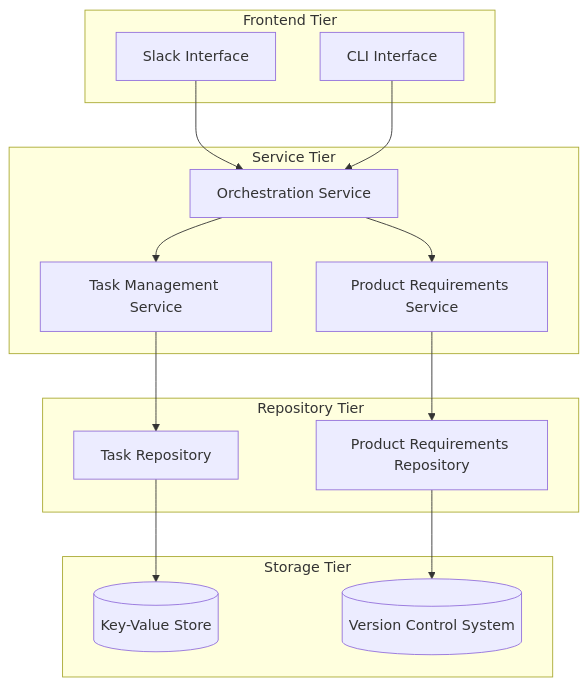
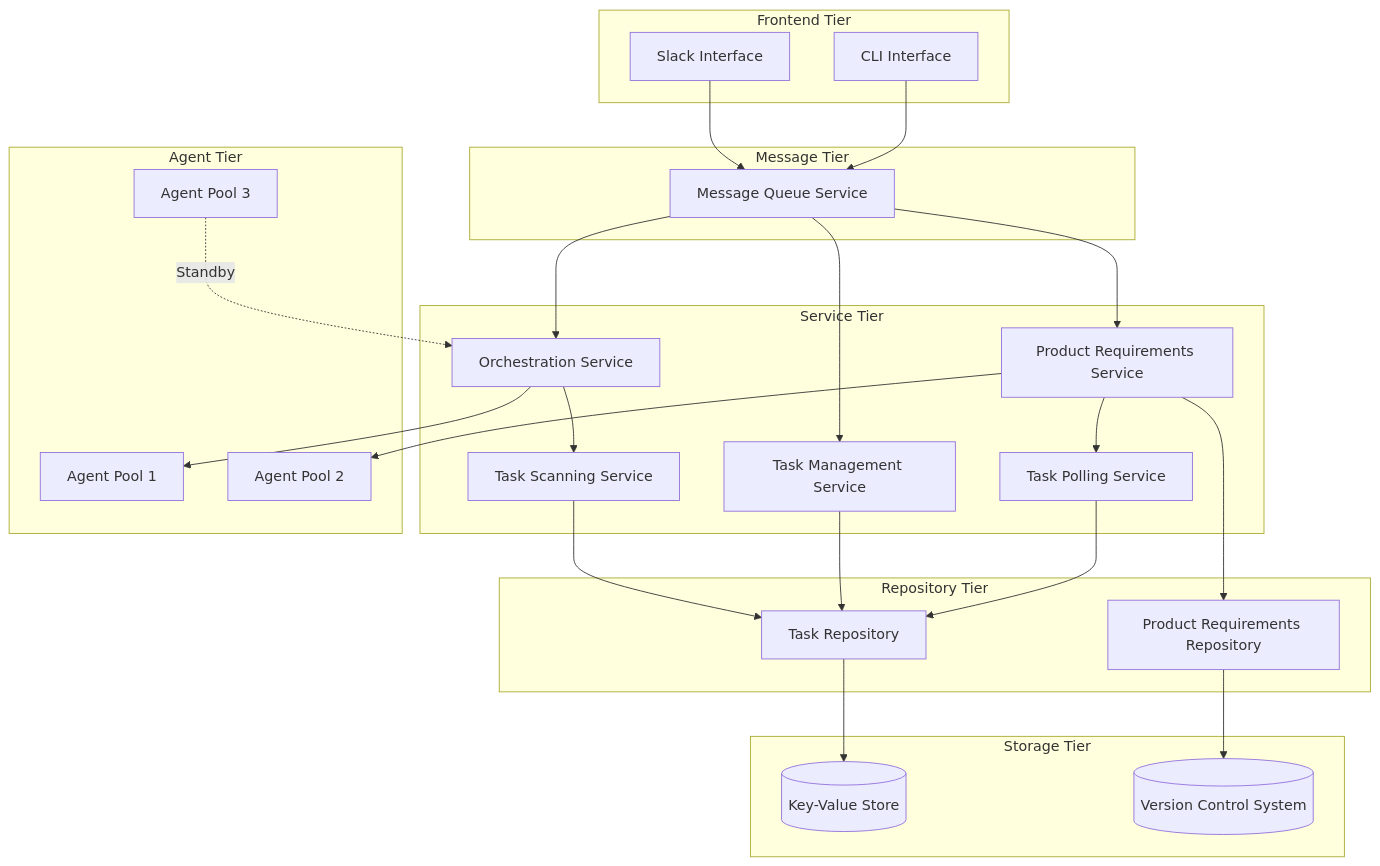
Before and after one commit to kgatilin/aihive: the third of 4 diagrams in docs/roadmap/phase1_technical_spec.md, drawn with Mermaid. The commit also changed other lines of this file and 1 other file, not shown here.

Commit message:
Update Phase 1 documentation to implement asynchronous workflow with task scanning and polling

````diff
--- a/docs/roadmap/phase1_technical_spec.md
+++ b/docs/roadmap/phase1_technical_spec.md
@@ -231,32 +364,57 @@
 ```mermaid
 graph TD
     subgraph "Frontend Tier"
         SI[Slack Interface]
         CLI[CLI Interface]
     end
     
     subgraph "Service Tier"
         ORS[Orchestration Service]
+        TSS[Task Scanning Service]
         TMS[Task Management Service]
         PRS[Product Requirements Service]
+        TPS[Task Polling Service]
+    end
+    
+    subgraph "Agent Tier"
+        AP1[Agent Pool 1]
+        AP2[Agent Pool 2]
+        AP3[Agent Pool 3]
     end
     
     subgraph "Repository Tier"
         TR[Task Repository]
         PRR[Product Requirements Repository]
     end
     
+    subgraph "Message Tier"
+        MQS[Message Queue Service]
+    end
+    
     subgraph "Storage Tier"
         KVS[(Key-Value Store)]
         VCS[(Version Control System)]
     end
     
-    SI --> ORS
-    CLI --> ORS
-    ORS --> TMS
-    ORS --> PRS
+    SI --> MQS
+    CLI --> MQS
+    
+    MQS --> ORS
+    MQS --> TMS
+    MQS --> PRS
+    
+    ORS --> TSS
+    PRS --> TPS
+    
+    TSS --> TR
     TMS --> TR
+    TPS --> TR
     PRS --> PRR
+    
     TR --> KVS
     PRR --> VCS
+    
+    ORS --> AP1
+    PRS --> AP2
+    AP3 -.->|Standby| ORS
 ```
````
